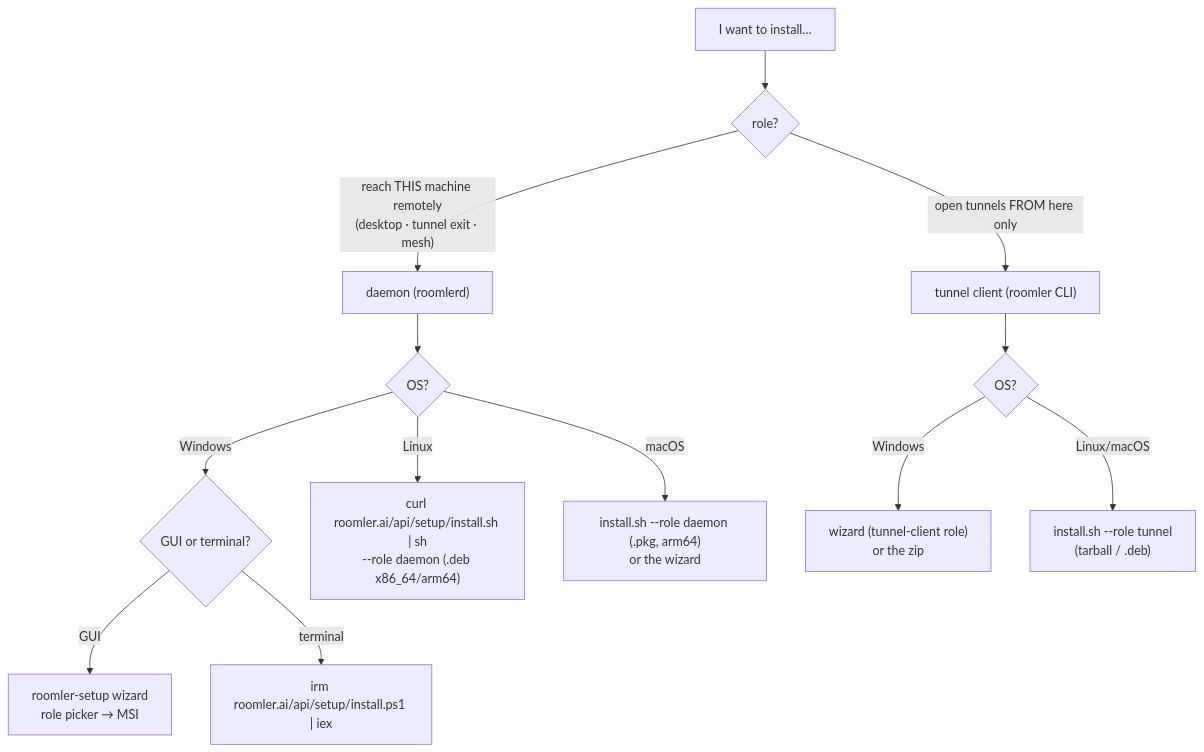
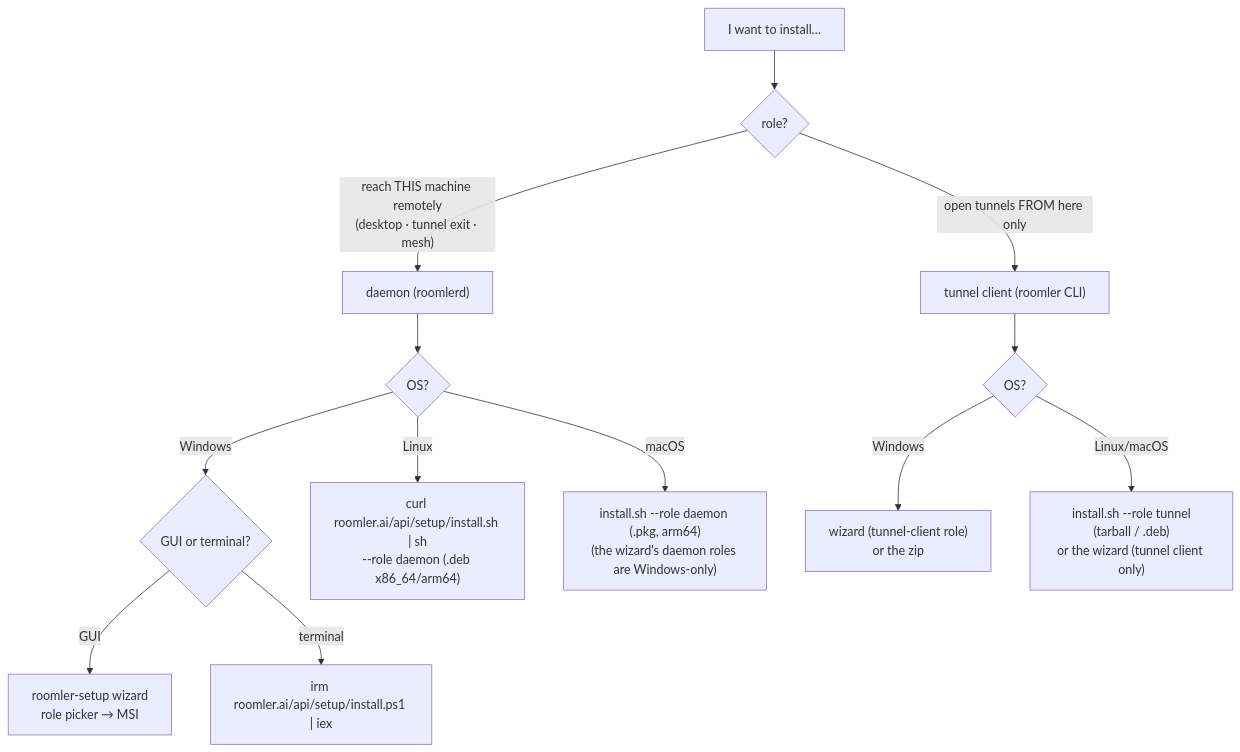
Before and after one commit to gjovanov/roomler-ai: the first of 4 diagrams in docs/installation.md, drawn with Mermaid. The commit also changed 9 other files, not shown here.

First line of the commit message:
fix(fr-97): P0c-4 — the homepages offer the wizard only where it installs the agent (#2466)

````diff
--- a/docs/installation.md
+++ b/docs/installation.md
@@ -11,17 +11,17 @@
 ```mermaid
 flowchart TB
     START["I want to install…"] --> ROLE{"role?"}
     ROLE -->|"reach THIS machine remotely<br/>(desktop · tunnel exit · mesh)"| DAEMON["daemon (roomlerd)"]
     ROLE -->|"open tunnels FROM here only"| TC["tunnel client (roomler CLI)"]
 
     DAEMON --> OS1{"OS?"}
     OS1 -->|Windows| WGUI{"GUI or terminal?"}
     WGUI -->|GUI| WIZ["roomler-setup wizard<br/>role picker → MSI"]
     WGUI -->|terminal| PS1["irm roomler.ai/api/setup/install.ps1 | iex"]
     OS1 -->|Linux| SH["curl roomler.ai/api/setup/install.sh | sh<br/>--role daemon (.deb x86_64/arm64)"]
-    OS1 -->|macOS| PKG["install.sh --role daemon (.pkg, arm64)<br/>or the wizard"]
+    OS1 -->|macOS| PKG["install.sh --role daemon (.pkg, arm64)<br/>(the wizard's daemon roles are Windows-only)"]
 
     TC --> OS2{"OS?"}
     OS2 -->|Windows| TCW["wizard (tunnel-client role)<br/>or the zip"]
-    OS2 -->|Linux/macOS| TCU["install.sh --role tunnel<br/>(tarball / .deb)"]
+    OS2 -->|Linux/macOS| TCU["install.sh --role tunnel<br/>(tarball / .deb)<br/>or the wizard (tunnel client only)"]
 ```
````
